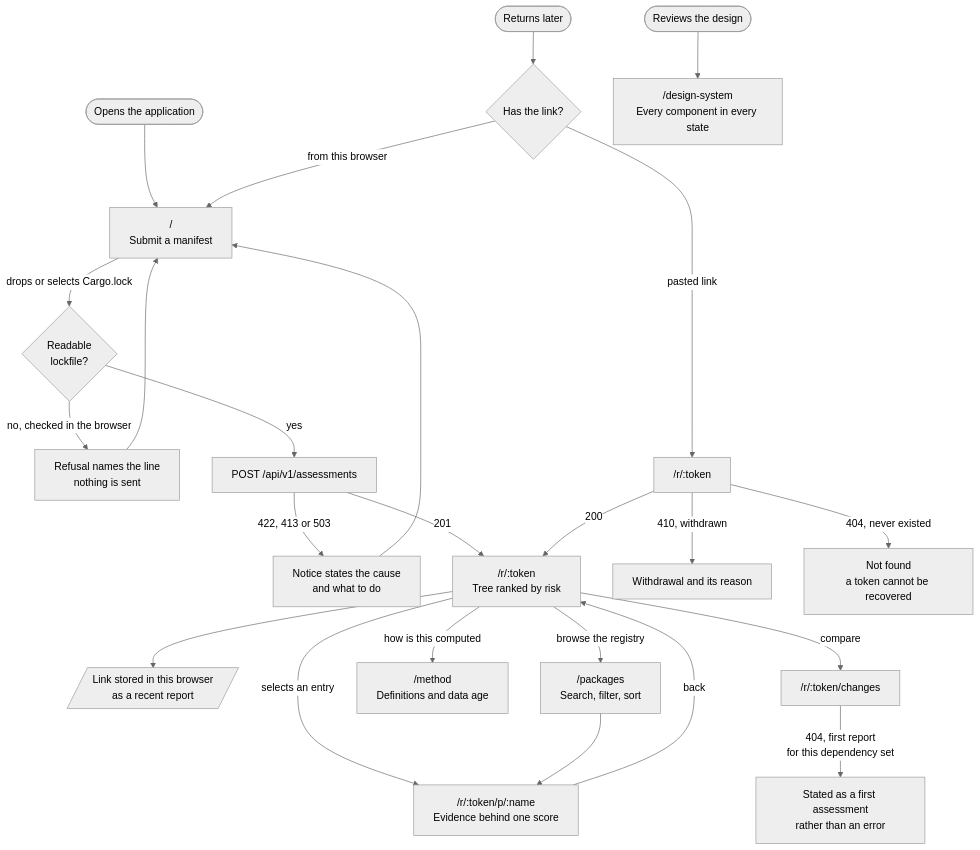
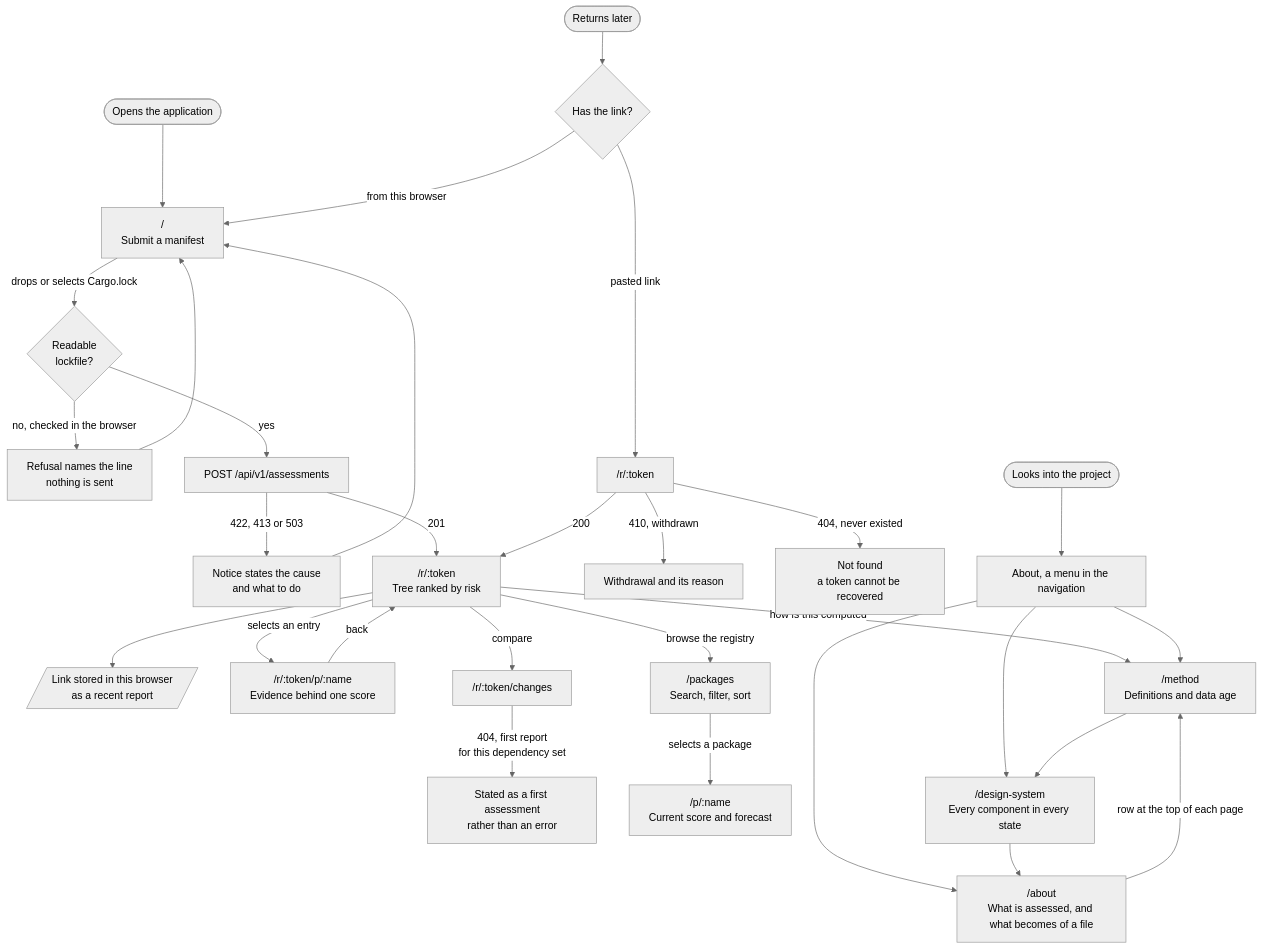
Before and after one commit to nadzyah/dephealth: the diagram in docs/diagrams/frontend-user-flows.mmd, drawn with Mermaid (neutral theme). The commit also changed 15 other files, not shown here.

Commit message:
feat(web): group the project pages under an About menu

```diff
--- a/docs/diagrams/frontend-user-flows.mmd
+++ b/docs/diagrams/frontend-user-flows.mmd
@@ -1,32 +1,38 @@
 %% How a reader moves through the application, and what each step costs them if
 %% they lose the link.
 flowchart TB
     START(["Opens the application"]) --> SUBMIT["/<br/>Submit a manifest"]
 
     SUBMIT -->|"drops or selects Cargo.lock"| CHECK{"Readable<br/>lockfile?"}
     CHECK -->|"no, checked in the browser"| REFUSE["Refusal names the line<br/>nothing is sent"]
     REFUSE --> SUBMIT
     CHECK -->|"yes"| POST["POST /api/v1/assessments"]
 
     POST -->|"422, 413 or 503"| NOTICE["Notice states the cause<br/>and what to do"]
     NOTICE --> SUBMIT
     POST -->|"201"| REPORT["/r/:token<br/>Tree ranked by risk"]
 
     REPORT --> REMEMBER[/"Link stored in this browser<br/>as a recent report"/]
 
     REPORT -->|"selects an entry"| PACKAGE["/r/:token/p/:name<br/>Evidence behind one score"]
     PACKAGE -->|"back"| REPORT
     REPORT -->|"compare"| CHANGES["/r/:token/changes"]
     CHANGES -->|"404, first report<br/>for this dependency set"| FIRST["Stated as a first assessment<br/>rather than an error"]
     REPORT -->|"how is this computed"| METHOD["/method<br/>Definitions and data age"]
     REPORT -->|"browse the registry"| PACKAGES["/packages<br/>Search, filter, sort"]
-    PACKAGES --> PACKAGE
+    PACKAGES -->|"selects a package"| REGISTRY["/p/:name<br/>Current score and forecast"]
 
     RETURN(["Returns later"]) --> OPEN{"Has the link?"}
     OPEN -->|"from this browser"| SUBMIT
     OPEN -->|"pasted link"| RESOLVE["/r/:token"]
     RESOLVE -->|"410, withdrawn"| GONE["Withdrawal and its reason"]
     RESOLVE -->|"404, never existed"| LOST["Not found<br/>a token cannot be recovered"]
     RESOLVE -->|"200"| REPORT
 
-    REVIEW(["Reviews the design"]) --> DESIGN["/design-system<br/>Every component in every state"]
+    REVIEW(["Looks into the project"]) --> MENU["About, a menu in the navigation"]
+    MENU --> OVERVIEW["/about<br/>What is assessed, and what becomes of a file"]
+    MENU --> METHOD
+    MENU --> DESIGN["/design-system<br/>Every component in every state"]
+    OVERVIEW -->|"row at the top of each page"| METHOD
+    METHOD --> DESIGN
+    DESIGN --> OVERVIEW
```
